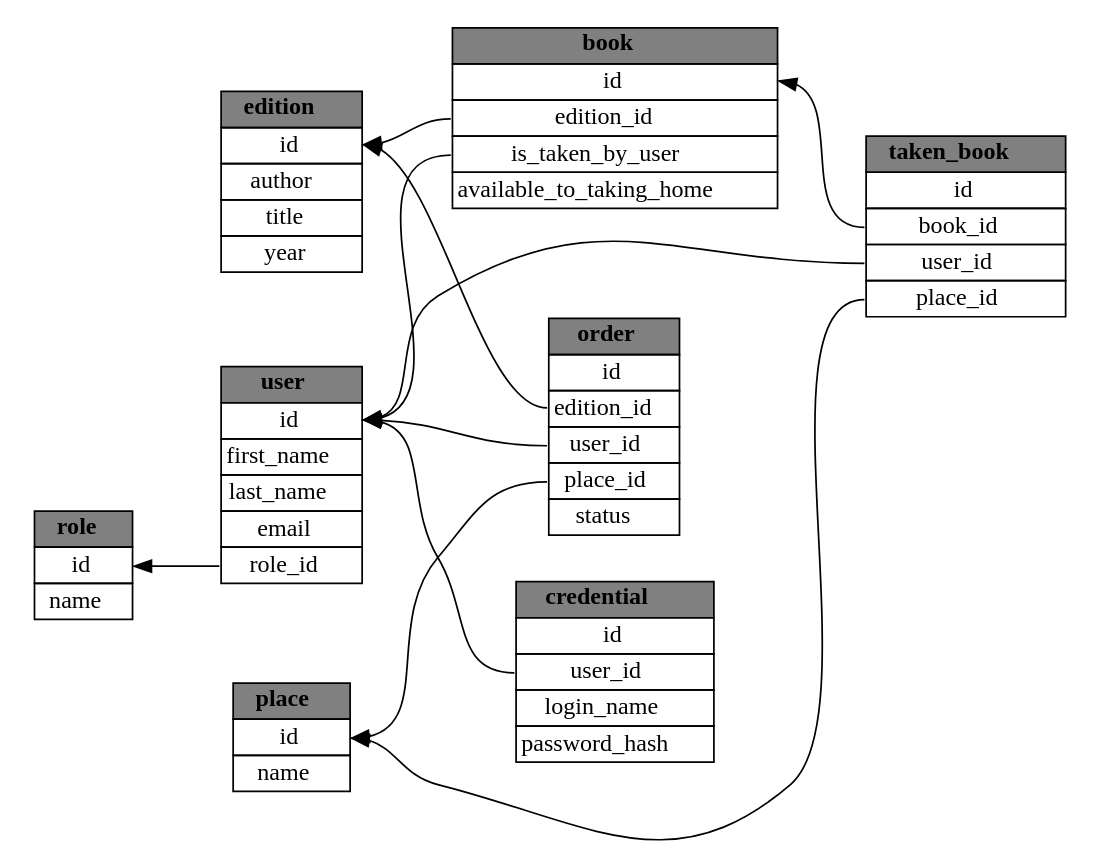
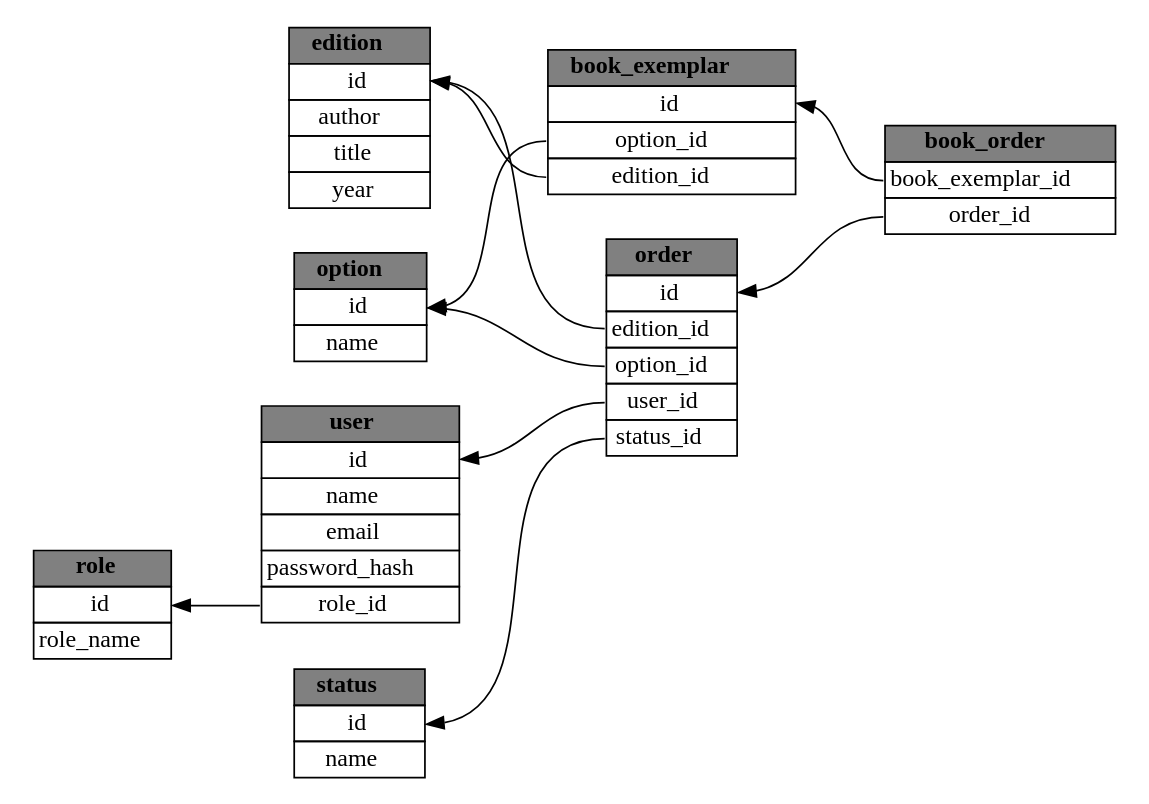
Before and after one commit to AleksandrRadchenko/Web-Library: the diagram in epm-wl-docs/db_schema.dot, drawn with Graphviz.

Commit message:
EPMWL-1 Modified DB schema
After Vlad's review

```diff
--- a/epm-wl-docs/db_schema.dot
+++ b/epm-wl-docs/db_schema.dot
@@ -1,117 +1,108 @@
 digraph wl_db {
   node [shape=rectangle]
 
   rankdir=RL
 
   user
   [
     shape = none
     label = <<table border="0" cellspacing="0">
                 <tr><td border="1" bgcolor="grey"><b>user</b></td></tr>
                 <tr><td port="id" border="1">id</td></tr>
-                <tr><td border="1">first_name</td></tr>
-                <tr><td border="1">last_name</td></tr>
+                <tr><td border="1">name</td></tr>
                 <tr><td border="1">email</td></tr>
+                <tr><td border="1">password_hash</td></tr>
                 <tr><td port="r_id" border="1">role_id</td></tr>
             </table>>
   ]
 
-  credential
+  order
   [
     shape = none
     label = <<table border="0" cellspacing="0">
-                <tr><td border="1" bgcolor="grey">  <b>credential</b>  </td></tr>
-                <tr><td border="1">id</td></tr>
+                <tr><td border="1" bgcolor="grey">  <b>order</b>  </td></tr>
+                <tr><td port="id" border="1">id</td></tr>
+                <tr><td port="e_id" border="1">edition_id</td></tr>
+                <tr><td port="op_id"  border="1">option_id</td></tr>
                 <tr><td port="u_id" border="1">user_id</td></tr>
-                <tr><td border="1">login_name</td></tr>
-                <tr><td border="1">password_hash</td></tr>
+                <tr><td port="s_id" border="1">status_id</td></tr>
             </table>>
   ]
 
-  credential:u_id -> user:id [weight=1]
+  order:e_id -> edition:id [weight=1]
+  order:u_id -> user:id [weight=1]
+  order:s_id -> status:id [weight=1]
+  order:op_id -> option:id [weight=1]
+
+  status
+  [
+    shape = none
+    label = <<table border="0" cellspacing="0">
+                <tr><td border="1" bgcolor="grey">  <b>status</b>  </td></tr>
+                <tr><td port="id" border="1">id</td></tr>
+                <tr><td border="1">name</td></tr>
+            </table>>
+  ]
 
   role
   [
     shape = none
     label = <<table border="0" cellspacing="0">
                 <tr><td border="1" bgcolor="grey">  <b>role</b>  </td></tr>
                 <tr><td port="id" border="1">id</td></tr>
-                <tr><td border="1">name</td></tr>
+                <tr><td border="1">role_name</td></tr>
             </table>>
   ]
 
   user:r_id -> role:id[weight=1]
-
-  book
-  [
-    shape = none
-    label = <<table border="0" cellspacing="0">
-                <tr><td border="1" bgcolor="grey">  <b>book</b>  </td></tr>
-                <tr><td port="id" border="1">id</td></tr>
-                <tr><td port="e_id" border="1">edition_id</td></tr>
-                <tr><td port="u_id" border="1">is_taken_by_user</td></tr>
-                <tr><td border="1">available_to_taking_home</td></tr>
-            </table>>
-  ]
-
-  book:u_id -> user:id [weight=1]
 
   edition
   [
     shape = none
     label = <<table border="0" cellspacing="0">
                 <tr><td border="1" bgcolor="grey">  <b>edition</b>  </td></tr>
                 <tr><td port="id" border="1">id</td></tr>
                 <tr><td border="1">author</td></tr>
                 <tr><td border="1">title</td></tr>
                 <tr><td border="1">year</td></tr>
             </table>>
   ]
 
-  book:e_id -> edition:id [weight=1]
-
-  order
+  book_exemplar
   [
     shape = none
     label = <<table border="0" cellspacing="0">
-                <tr><td border="1" bgcolor="grey">  <b>order</b>  </td></tr>
+                <tr><td border="1" bgcolor="grey">  <b>book_exemplar</b>  </td></tr>
                 <tr><td port="id" border="1">id</td></tr>
+                <tr><td port="op_id" border="1">option_id</td></tr>
                 <tr><td port="e_id" border="1">edition_id</td></tr>
-                <tr><td port="u_id" border="1">user_id</td></tr>
-                <tr><td port="p_id" border="1">place_id</td></tr>
-                <tr><td border="1">status</td></tr>
             </table>>
   ]
 
-  order:e_id -> edition:id [weight=1]
-  order:u_id -> user:id [weight=1]
+  book_exemplar:e_id -> edition:id [weight=1]
+  book_exemplar:op_id -> option:id [weight=1]
 
-  place
+  book_order
   [
     shape = none
     label = <<table border="0" cellspacing="0">
-                <tr><td border="1" bgcolor="grey">  <b>place</b>  </td></tr>
-                <tr><td port="id" border="1">id</td></tr>
-                <tr><td border="1">name</td></tr>
+                <tr><td border="1" bgcolor="grey">  <b>book_order</b>  </td></tr>
+                <tr><td port="b_id"  border="1">book_exemplar_id</td></tr>
+                <tr><td port="o_id"  border="1">order_id</td></tr>
             </table>>
   ]
 
-  order:p_id -> place:id [weight=1]
+  book_order:b_id -> book_exemplar:id [weight=1]
+  book_order:o_id -> order:id [weight=1]
 
-  taken_book
+  option
   [
     shape = none
     label = <<table border="0" cellspacing="0">
-                <tr><td border="1" bgcolor="grey">  <b>taken_book</b>  </td></tr>
+                <tr><td border="1" bgcolor="grey">  <b>option</b>  </td></tr>
                 <tr><td port="id" border="1">id</td></tr>
-                <tr><td port="b_id"  border="1">book_id</td></tr>
-                <tr><td port="u_id"  border="1">user_id</td></tr>
-                <tr><td port="p_id"  border="1">place_id</td></tr>
+                <tr><td port="b_id"  border="1">name</td></tr>
             </table>>
   ]
 
-  taken_book:b_id -> book:id [weight=1]
-  taken_book:u_id -> user:id [weight=1]
-  taken_book:p_id -> place:id [weight=1]
-
 }
```
